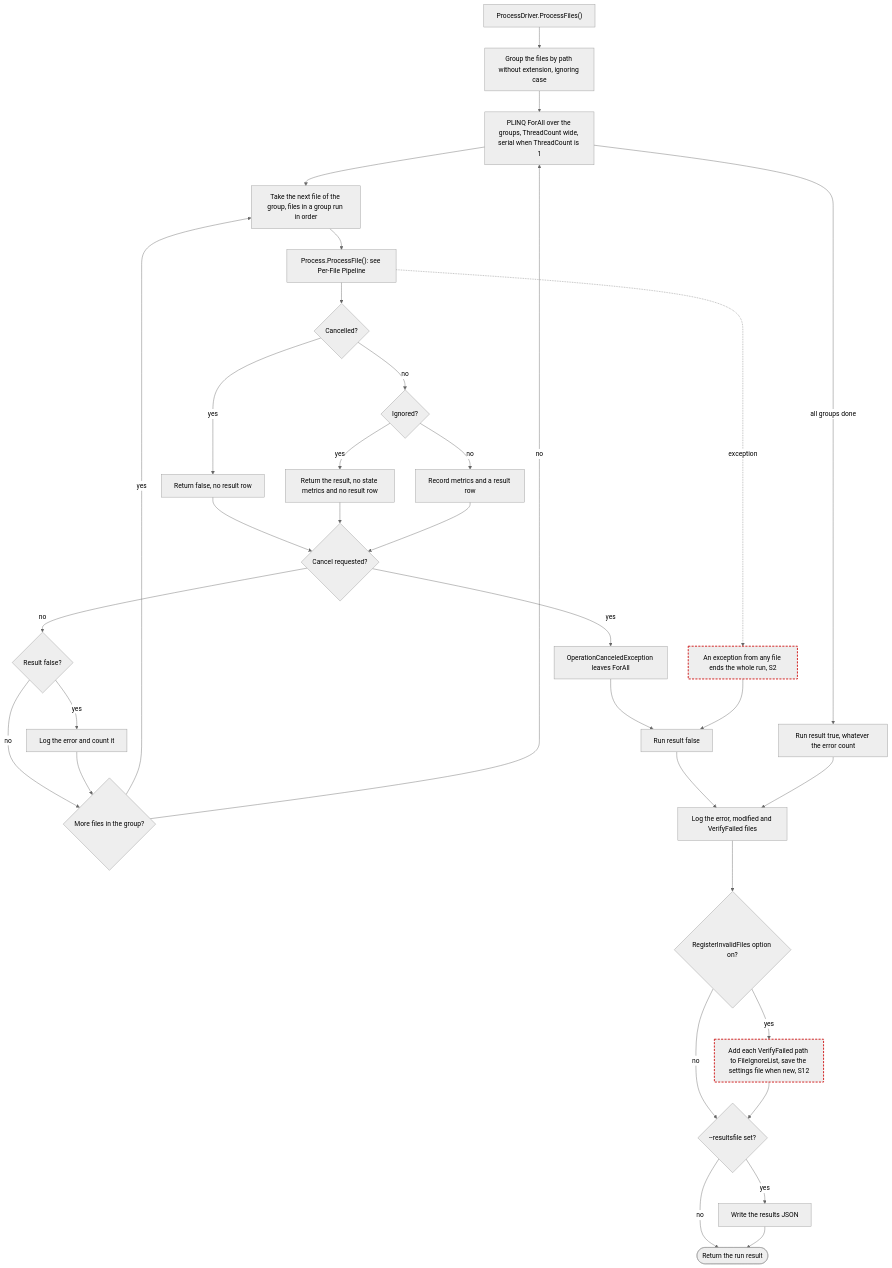
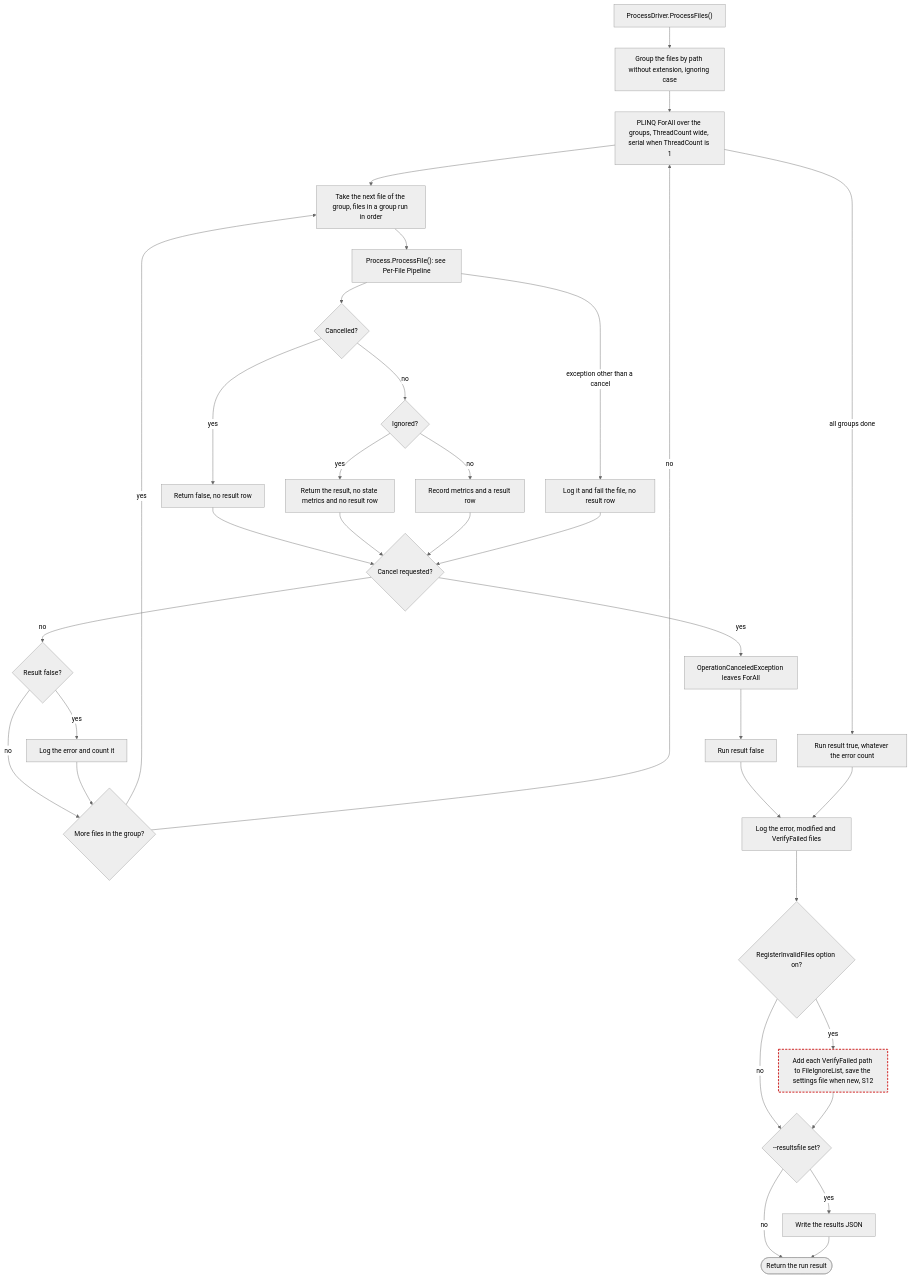
One commit to ptr727/PlexCleaner changed the second of 11 diagrams in ARCHITECTURE.md. Above: the diagram before and after it, drawn with Mermaid (neutral theme). The commit also changed other lines of this file and 4 other files, not shown here.

First line of the commit message:
Fail One File Instead of the Whole Run on a Per-File Exception

````diff
--- a/ARCHITECTURE.md
+++ b/ARCHITECTURE.md
@@ -264,36 +264,36 @@
 ```mermaid
 flowchart TD
   A["ProcessDriver.ProcessFiles()"] --> B["Group the files by path without extension, ignoring case"]
   B --> C["PLINQ ForAll over the groups, ThreadCount wide, serial when ThreadCount is 1"]
   C --> D["Take the next file of the group, files in a group run in order"]
   D --> E["Process.ProcessFile(): see Per-File Pipeline"]
   E --> L1{"Cancelled?"}
   L1 -->|yes| L2["Return false, no result row"]
   L1 -->|no| L3{"Ignored?"}
   L3 -->|yes| L4["Return the result, no state metrics and no result row"]
   L3 -->|no| L5["Record metrics and a result row"]
   L2 --> K{"Cancel requested?"}
   L4 --> K
   L5 --> K
   K -->|yes| X1["OperationCanceledException leaves ForAll"]
   K -->|no| K1{"Result false?"}
   K1 -->|yes| K2["Log the error and count it"]
   K1 -->|no| N
   K2 --> N{"More files in the group?"}
   N -->|yes| D
   N -->|no| C
-  E -.->|exception| X2["An exception from any file ends the whole run, S2"]:::suspect
+  E -->|"exception other than a cancel"| E1["Log it and fail the file, no result row"]
+  E1 --> K
   X1 --> RF["Run result false"]
-  X2 --> RF
   C -->|all groups done| RT["Run result true, whatever the error count"]
   RF --> P["Log the error, modified and VerifyFailed files"]
   RT --> P
   P --> Q{"RegisterInvalidFiles option on?"}
   Q -->|yes| Q1["Add each VerifyFailed path to FileIgnoreList, save the settings file when new, S12"]:::suspect
   Q -->|no| W
   Q1 --> W{"--resultsfile set?"}
   W -->|yes| W1["Write the results JSON"]
   W -->|no| Z(["Return the run result"])
   W1 --> Z
   classDef suspect stroke:#c00,stroke-width:2px,stroke-dasharray:5 3
 ```
````
